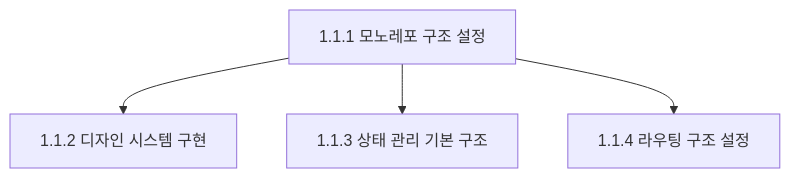
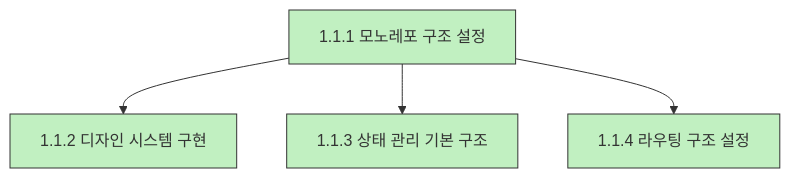
The second of 10 diagrams in ROADMAP.md (Seungwoo321/etorch-docs), drawn with Mermaid before and after one commit. The commit also changed other lines of this file, not shown here.

````diff
--- a/ROADMAP.md
+++ b/ROADMAP.md
@@ -87,6 +93,11 @@
 ```mermaid
 flowchart TD
     A[1.1.1 모노레포 구조 설정] --> B[1.1.2 디자인 시스템 구현]
     A --> C[1.1.3 상태 관리 기본 구조]
     A --> D[1.1.4 라우팅 구조 설정]
+    
+    style A fill:#c1f0c1,stroke:#333,stroke-width:1px
+    style B fill:#c1f0c1,stroke:#333,stroke-width:1px
+    style C fill:#c1f0c1,stroke:#333,stroke-width:1px
+    style D fill:#c1f0c1,stroke:#333,stroke-width:1px
 ```
````
